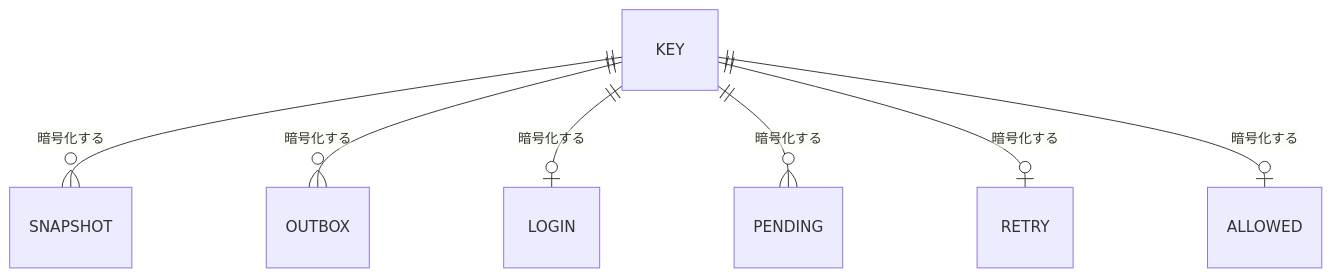
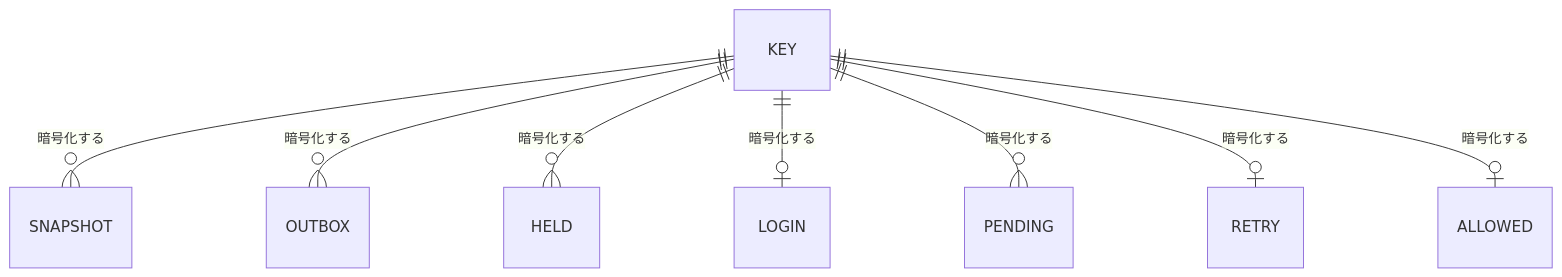
One commit to devbasex/nd-factory changed the fourth of 5 diagrams in issues/issue-12-design.md. Above: the diagram before and after it, drawn with Mermaid. The commit also changed other lines of this file and 5 other files, not shown here.

````diff
--- a/issues/issue-12-design.md
+++ b/issues/issue-12-design.md
@@ -229,9 +240,10 @@
 ```mermaid
 erDiagram
   KEY ||--o{ SNAPSHOT : 暗号化する
   KEY ||--o{ OUTBOX : 暗号化する
+  KEY ||--o{ HELD : 暗号化する
   KEY ||--o| LOGIN : 暗号化する
   KEY ||--o{ PENDING : 暗号化する
   KEY ||--o| RETRY : 暗号化する
   KEY ||--o| ALLOWED : 暗号化する
 ```
````
